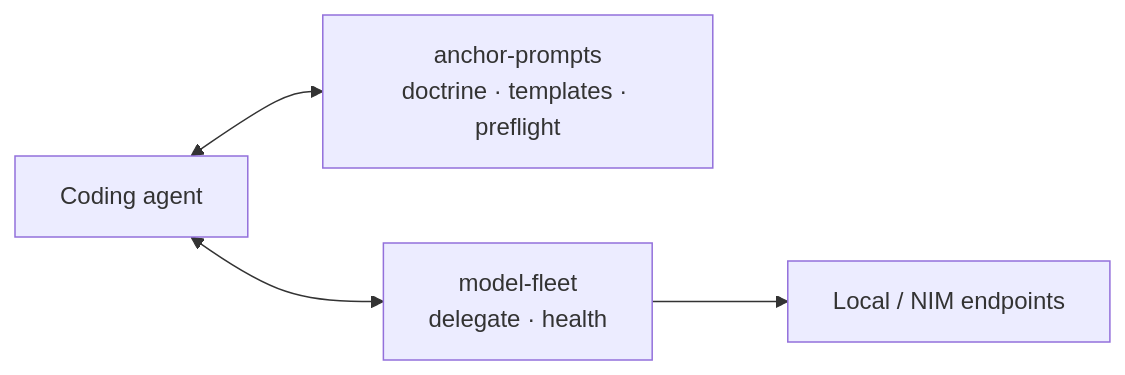
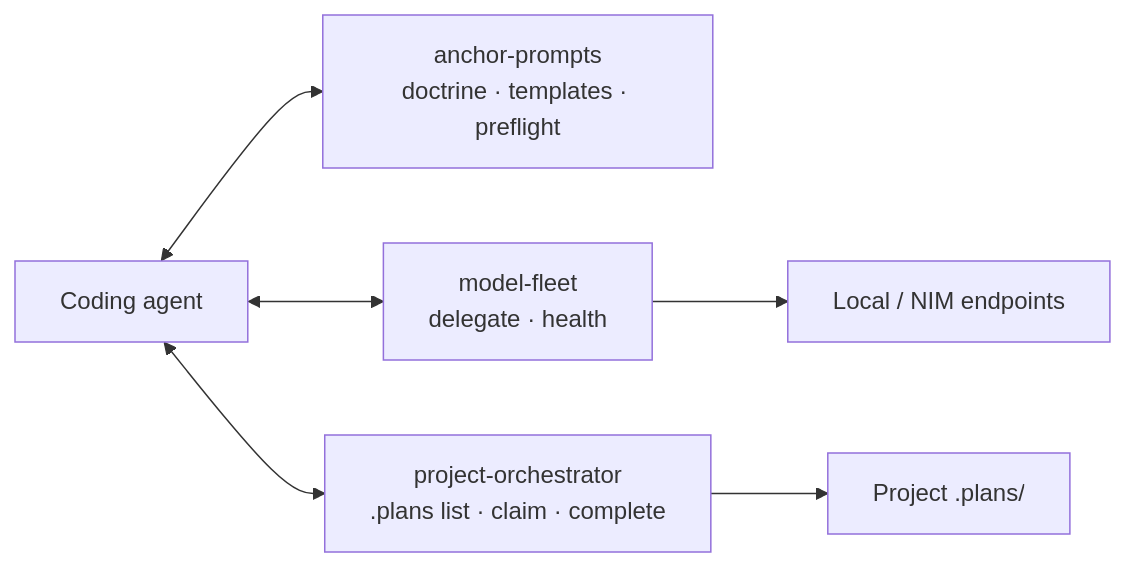
The diagram in docs/docs/tooling/mcp-servers.md (carefreeinv/anchor), drawn with Mermaid before and after one commit. The commit also changed other lines of this file and 8 other files, not shown here.

First line of the commit message:
Add project-orchestrator MCP (L0+L1 limited plan tools)

````diff
--- a/docs/docs/tooling/mcp-servers.md
+++ b/docs/docs/tooling/mcp-servers.md
@@ -9,11 +13,15 @@
 ```mermaid
 flowchart LR
   agent["Coding agent"]
   ap["anchor-prompts<br/>doctrine · templates · preflight"]
   mf["model-fleet<br/>delegate · health"]
+  po["project-orchestrator<br/>.plans list · claim · complete"]
   hw["Local / NIM endpoints"]
+  plans["Project .plans/"]
 
   agent <--> ap
   agent <--> mf
+  agent <--> po
   mf --> hw
+  po --> plans
 ```
````
